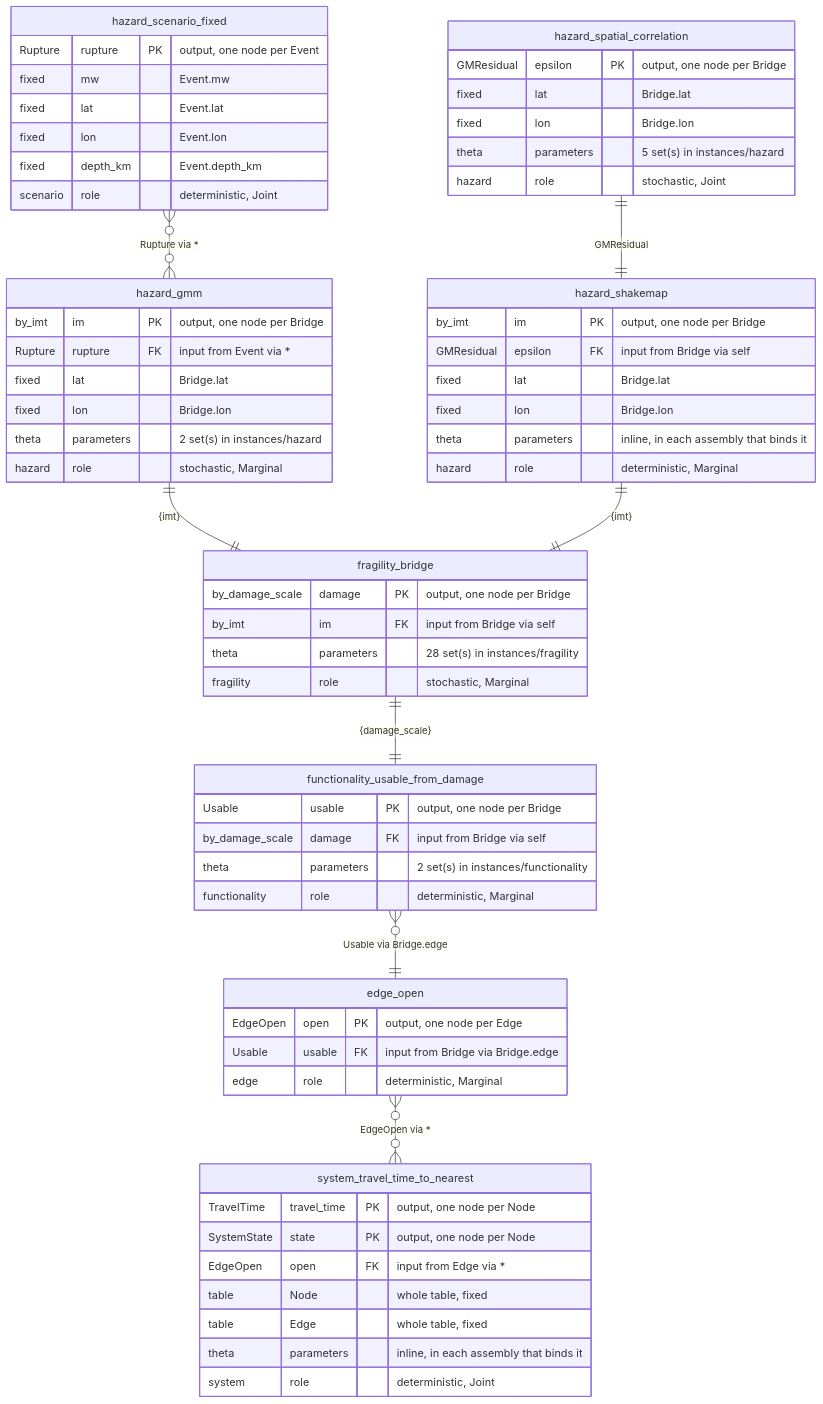
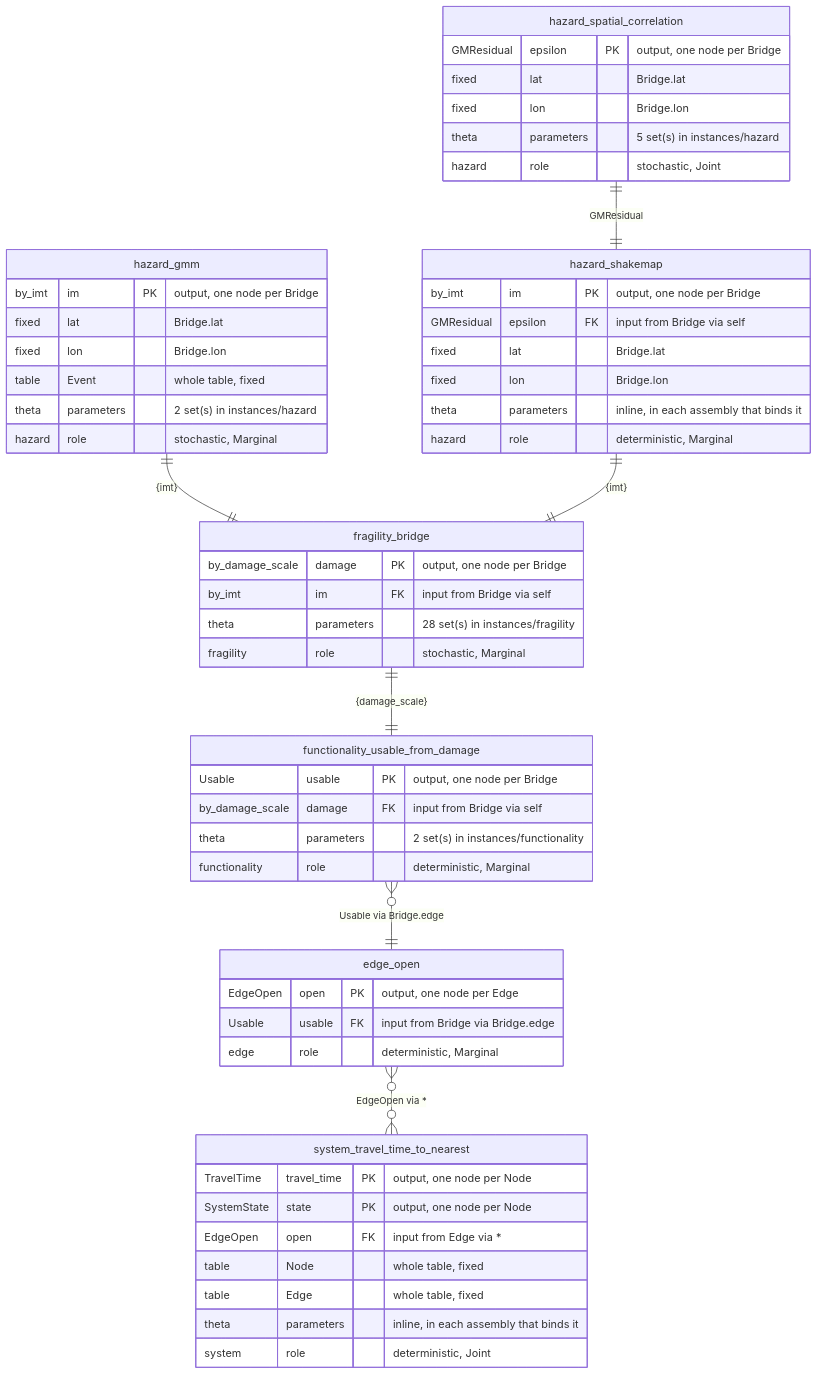
The first of 2 diagrams in schema/diagram.md (dynaryu/bn-transport-eq), drawn with Mermaid before and after one commit. The commit also changed other lines of this file and 79 other files, not shown here.

````diff
--- a/schema/diagram.md
+++ b/schema/diagram.md
@@ -13,67 +13,58 @@
 ```mermaid
 erDiagram
-    hazard_scenario_fixed {
-        Rupture rupture PK "output, one node per Event"
-        fixed mw "Event.mw"
-        fixed lat "Event.lat"
-        fixed lon "Event.lon"
-        fixed depth_km "Event.depth_km"
-        scenario role "deterministic, Joint"
-    }
     hazard_gmm {
         by_imt im PK "output, one node per Bridge"
-        Rupture rupture FK "input from Event via *"
         fixed lat "Bridge.lat"
         fixed lon "Bridge.lon"
+        table Event "whole table, fixed"
         theta parameters "2 set(s) in instances/hazard"
         hazard role "stochastic, Marginal"
     }
     hazard_shakemap {
         by_imt im PK "output, one node per Bridge"
         GMResidual epsilon FK "input from Bridge via self"
         fixed lat "Bridge.lat"
         fixed lon "Bridge.lon"
         theta parameters "inline, in each assembly that binds it"
         hazard role "deterministic, Marginal"
     }
     hazard_spatial_correlation {
         GMResidual epsilon PK "output, one node per Bridge"
         fixed lat "Bridge.lat"
         fixed lon "Bridge.lon"
         theta parameters "5 set(s) in instances/hazard"
         hazard role "stochastic, Joint"
     }
     fragility_bridge {
         by_damage_scale damage PK "output, one node per Bridge"
         by_imt im FK "input from Bridge via self"
         theta parameters "28 set(s) in instances/fragility"
         fragility role "stochastic, Marginal"
     }
     functionality_usable_from_damage {
         Usable usable PK "output, one node per Bridge"
         by_damage_scale damage FK "input from Bridge via self"
         theta parameters "2 set(s) in instances/functionality"
         functionality role "deterministic, Marginal"
     }
     edge_open {
         EdgeOpen open PK "output, one node per Edge"
         Usable usable FK "input from Bridge via Bridge.edge"
         edge role "deterministic, Marginal"
     }
     system_travel_time_to_nearest {
         TravelTime travel_time PK "output, one node per Node"
         SystemState state PK "output, one node per Node"
         EdgeOpen open FK "input from Edge via *"
         table Node "whole table, fixed"
         table Edge "whole table, fixed"
         theta parameters "inline, in each assembly that binds it"
         system role "deterministic, Joint"
     }
-    hazard_scenario_fixed }o--o{ hazard_gmm : "Rupture via *"
     hazard_spatial_correlation ||--|| hazard_shakemap : "GMResidual"
     hazard_gmm ||--|| fragility_bridge : "{imt}"
     hazard_shakemap ||--|| fragility_bridge : "{imt}"
     fragility_bridge ||--|| functionality_usable_from_damage : "{damage_scale}"
     functionality_usable_from_damage }o--|| edge_open : "Usable via Bridge.edge"
     edge_open }o--o{ system_travel_time_to_nearest : "EdgeOpen via *"
 ```
````
